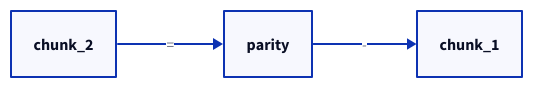
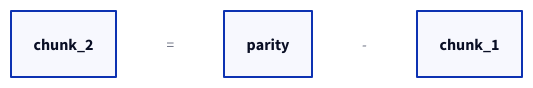
One commit to link1905/system-design-101 changed diagram 12 of 19 in content/docs/data-persistence/media-storage.md. Above: the diagram before and after it, drawn with D2. The commit also changed other lines of this file and 40 other files, not shown here.

````diff
--- a/content/docs/data-persistence/media-storage.md
+++ b/content/docs/data-persistence/media-storage.md
@@ -322,8 +355,14 @@
 ```d2
 direction: right
 c1: chunk_1 { class: file }
 c2: chunk_2 { class: generic-error }
 c3: parity { class: file }
-c2 -> c3: "="
-c3 -> c1: "-"
+c2 -- c3: "=" {
+  class: bold-text
+  style.stroke-width: 0
+}
+c3 -- c1: "-" {
+  class: bold-text
+  style.stroke-width: 0
+}
 ```
````
